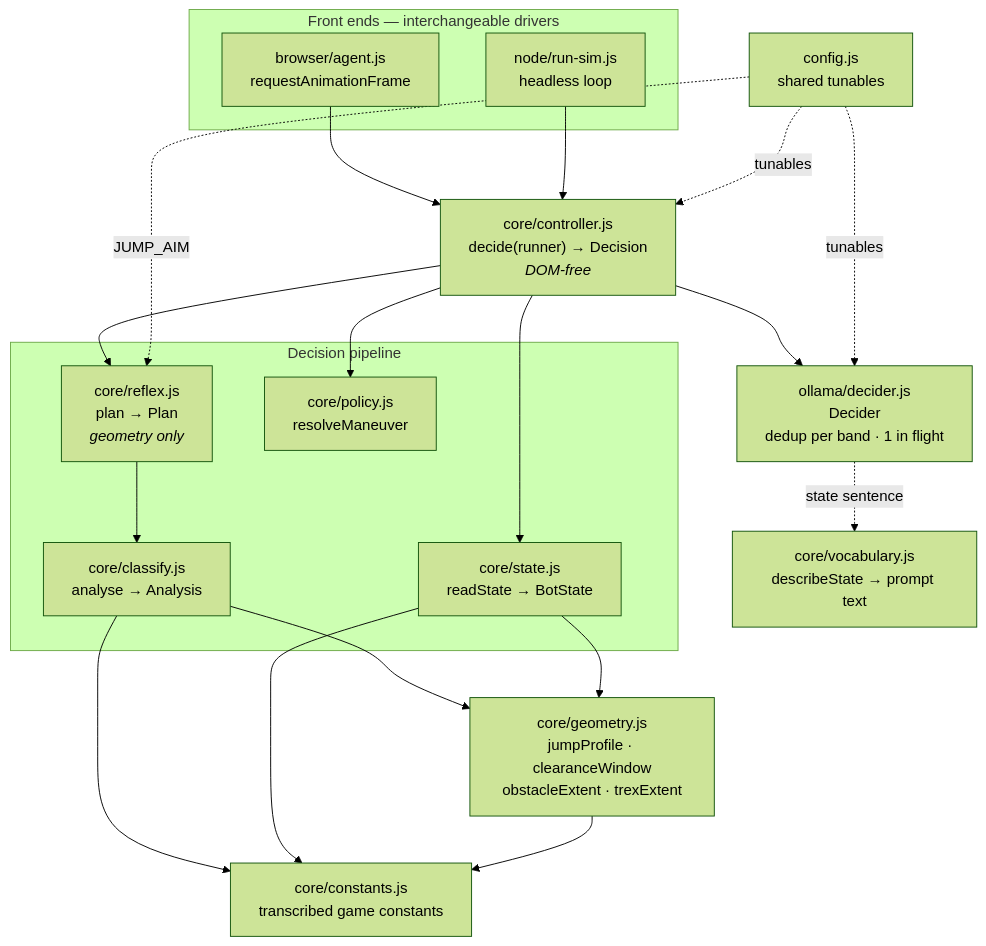
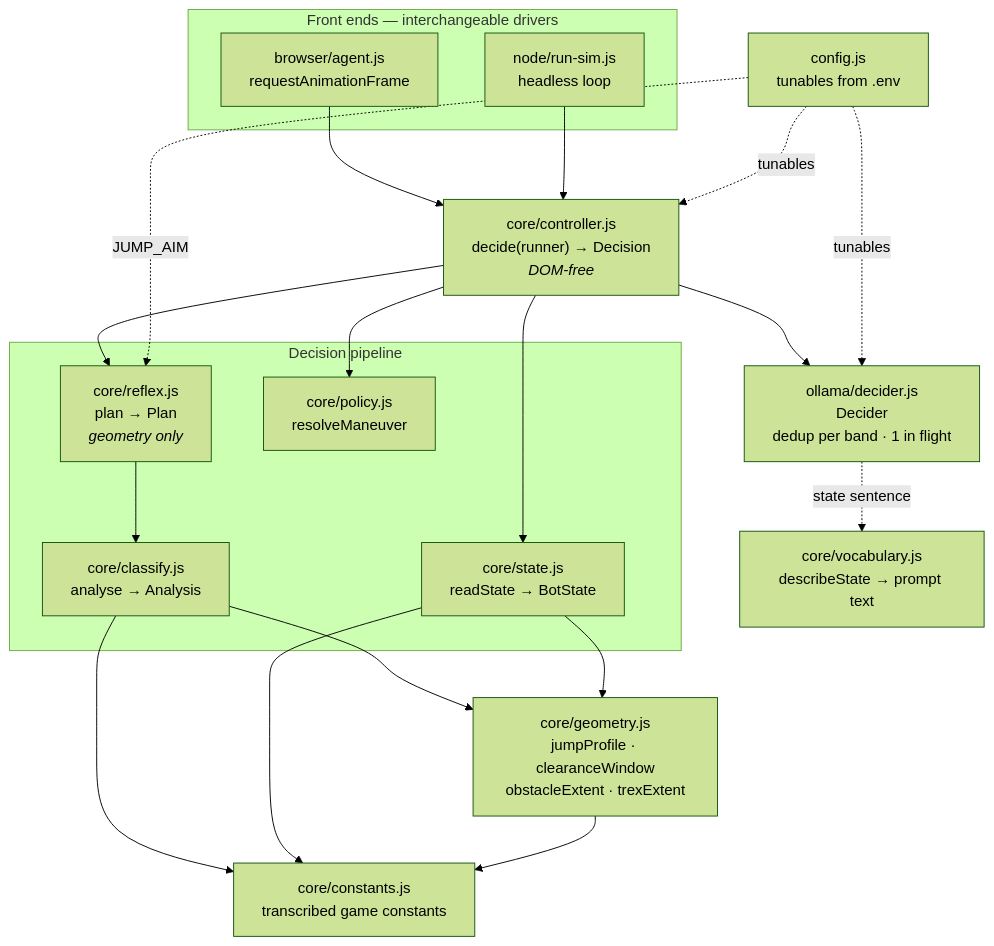
The first of 8 diagrams in ARCHITECTURE.md (naufalmalikr/decisaur), drawn with Mermaid (forest theme) before and after one commit. The commit also changed other lines of this file and 15 other files, not shown here.

Commit message:
feat: env-based config

````diff
--- a/ARCHITECTURE.md
+++ b/ARCHITECTURE.md
@@ -21,39 +21,39 @@
 ```mermaid
 flowchart TD
     subgraph front["Front ends — interchangeable drivers"]
         BA["browser/agent.js<br/>requestAnimationFrame"]
         RS["node/run-sim.js<br/>headless loop"]
     end
 
     CTRL["core/controller.js<br/>decide(runner) → Decision<br/><i>DOM-free</i>"]
 
     subgraph core["Decision pipeline"]
         ST["core/state.js<br/>readState → BotState"]
         RF["core/reflex.js<br/>plan → Plan<br/><i>geometry only</i>"]
         CL["core/classify.js<br/>analyse → Analysis"]
         PO["core/policy.js<br/>resolveManeuver"]
     end
 
     DEC["ollama/decider.js<br/>Decider<br/>dedup per band · 1 in flight"]
     GEO["core/geometry.js<br/>jumpProfile · clearanceWindow<br/>obstacleExtent · trexExtent"]
     VOC["core/vocabulary.js<br/>describeState → prompt text"]
     CN["core/constants.js<br/>transcribed game constants"]
-    CFG["config.js<br/>shared tunables"]
+    CFG["config.js<br/>tunables from .env"]
 
     BA --> CTRL
     RS --> CTRL
     CTRL --> ST
     CTRL --> RF
     RF --> CL
     CL --> GEO
     CL --> CN
     ST --> CN
     ST --> GEO
     CTRL --> DEC
     CTRL --> PO
     DEC -.state sentence.-> VOC
     GEO --> CN
     CFG -.tunables.-> CTRL
     CFG -.tunables.-> DEC
     CFG -.JUMP_AIM.-> RF
 ```
````
